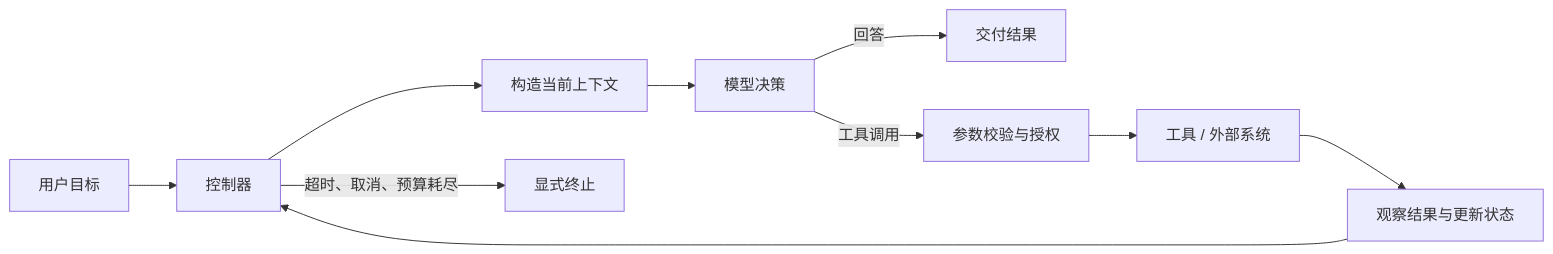
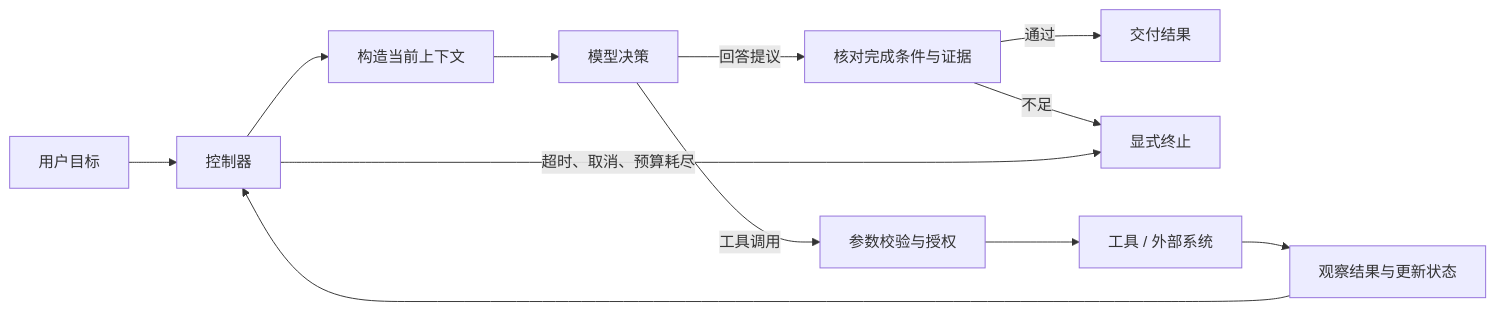
The diagram in ai/agent/index.md (zhangqian-silk/computer-science), drawn with Mermaid before and after one commit. The commit also changed other lines of this file and 130 other files, not shown here.

````diff
--- a/ai/agent/index.md
+++ b/ai/agent/index.md
@@ -7,12 +7,14 @@
 ```mermaid
 flowchart LR
 	U["用户目标"] --> C["控制器"]
 	C --> X["构造当前上下文"]
 	X --> L["模型决策"]
-	L -->|回答| O["交付结果"]
+	L -->|回答提议| C1["核对完成条件与证据"]
+	C1 -->|通过| O["交付结果"]
+	C1 -->|不足| F
 	L -->|工具调用| V["参数校验与授权"]
 	V --> T["工具 / 外部系统"]
 	T --> S["观察结果与更新状态"]
 	S --> C
 	C -->|超时、取消、预算耗尽| F["显式终止"]
 ```
````
